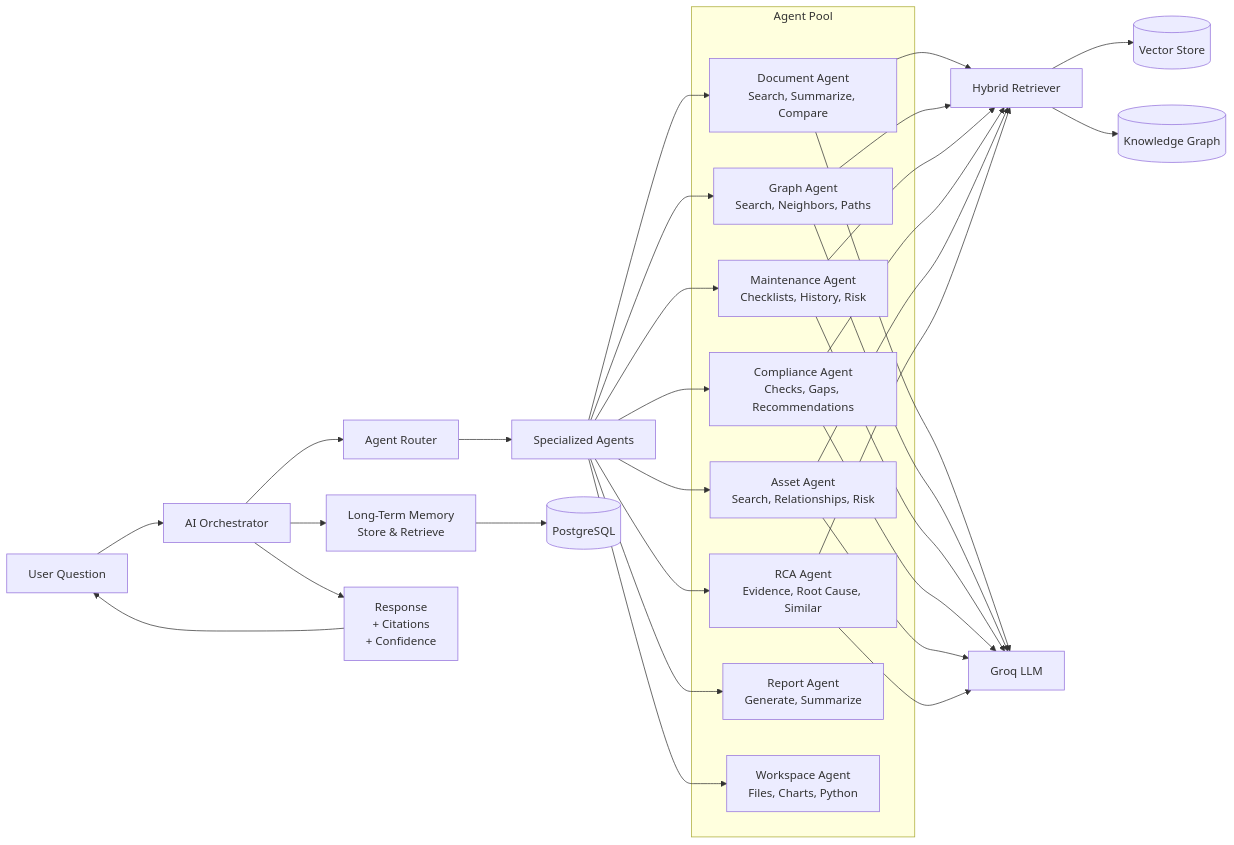
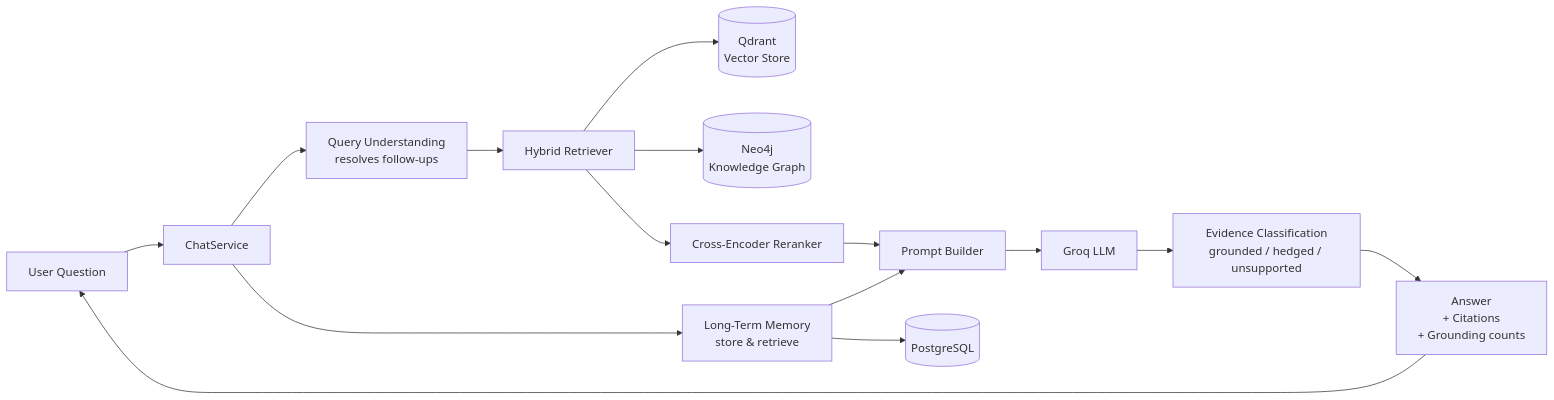
One commit to pratapVansh/TRACE changed the second of 3 diagrams in README.md. Above: the diagram before and after it, drawn with Mermaid. The commit also changed other lines of this file and 249 other files, not shown here.

````diff
--- a/README.md
+++ b/README.md
@@ -227,38 +206,17 @@
 ```mermaid
 flowchart LR
-    User["User Question"] --> ORCH["AI Orchestrator"]
-    ORCH --> ROUTER["Agent Router"]
-    ROUTER --> AGENTS["Specialized Agents"]
-    
-    subgraph Agents["Agent Pool"]
-        DA["Document Agent<br/>Search, Summarize, Compare"]
-        GA["Graph Agent<br/>Search, Neighbors, Paths"]
-        MA["Maintenance Agent<br/>Checklists, History, Risk"]
-        CA["Compliance Agent<br/>Checks, Gaps, Recommendations"]
-        AAA["Asset Agent<br/>Search, Relationships, Risk"]
-        RCA["RCA Agent<br/>Evidence, Root Cause, Similar"]
-        RA["Report Agent<br/>Generate, Summarize"]
-        WA["Workspace Agent<br/>Files, Charts, Python"]
-    end
-    
-    AGENTS --> DA
-    AGENTS --> GA
-    AGENTS --> MA
-    AGENTS --> CA
-    AGENTS --> AAA
-    AGENTS --> RCA
-    AGENTS --> RA
-    AGENTS --> WA
-
-    DA & GA & MA & CA & AAA & RCA --> RET["Hybrid Retriever"]
-    RET --> VEC[(Vector Store)]
-    RET --> KG[(Knowledge Graph)]
-    
-    DA & GA & MA & CA & AAA & RCA --> LLM["Groq LLM"]
-    
-    ORCH --> MEM["Long-Term Memory<br/>Store & Retrieve"]
+    User["User Question"] --> CHAT["ChatService"]
+    CHAT --> QU["Query Understanding<br/>resolves follow-ups"]
+    QU --> RET["Hybrid Retriever"]
+    RET --> VEC[(Qdrant<br/>Vector Store)]
+    RET --> KG[(Neo4j<br/>Knowledge Graph)]
+    RET --> RERANK["Cross-Encoder Reranker"]
+    RERANK --> PROMPT["Prompt Builder"]
+    CHAT --> MEM["Long-Term Memory<br/>store & retrieve"]
     MEM --> PG[(PostgreSQL)]
-    
-    ORCH --> RESP["Response<br/>+ Citations<br/>+ Confidence"]
+    MEM --> PROMPT
+    PROMPT --> LLM["Groq LLM"]
+    LLM --> GROUND["Evidence Classification<br/>grounded / hedged / unsupported"]
+    GROUND --> RESP["Answer<br/>+ Citations<br/>+ Grounding counts"]
     RESP --> User
 ```
````
